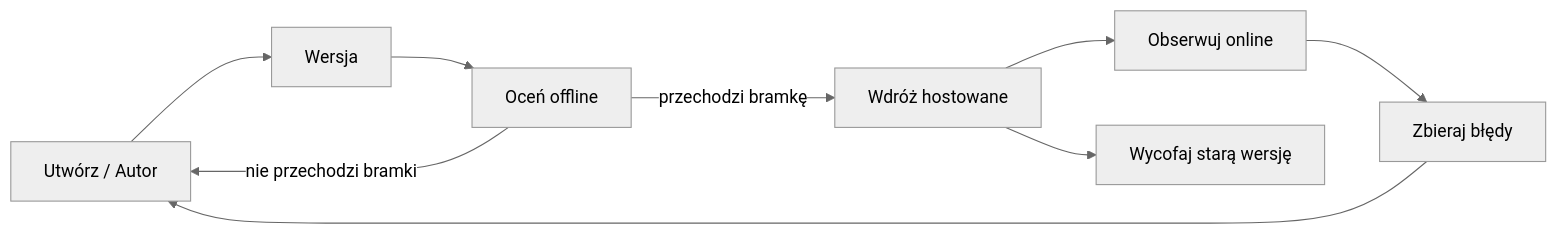
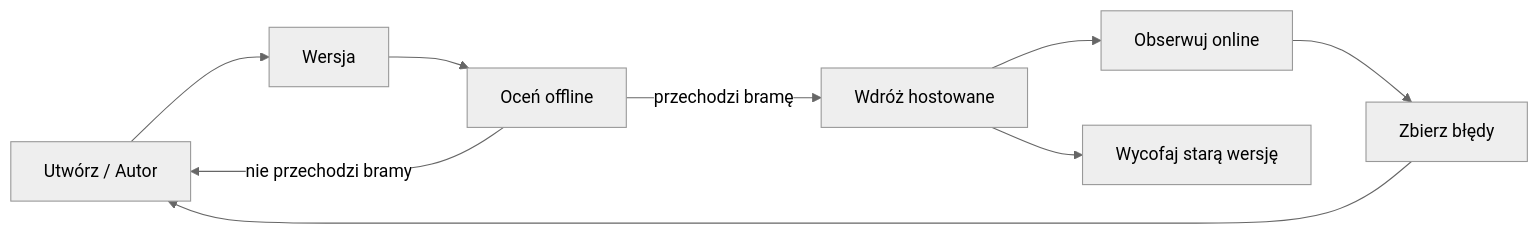
One commit to gabrielmoreira/agent-skills-mirror changed the second of 4 diagrams in mirrors/repos/microsoft@ai-agents-for-beginners/translations/pl/16-deploying-scalable-agents/README.md. Above: the diagram before and after it, drawn with Mermaid (neutral theme). The commit also changed other lines of this file and 4262 other files, not shown here.

````diff
--- a/mirrors/repos/microsoft@ai-agents-for-beginners/translations/pl/16-deploying-scalable-agents/README.md
+++ b/mirrors/repos/microsoft@ai-agents-for-beginners/translations/pl/16-deploying-scalable-agents/README.md
@@ -108,11 +108,11 @@
 ```mermaid
 flowchart LR
     Create[Utwórz / Autor] --> Version[Wersja]
     Version --> Evaluate[Oceń offline]
-    Evaluate -->|przechodzi bramkę| Deploy[Wdróż hostowane]
-    Evaluate -->|nie przechodzi bramki| Create
+    Evaluate -->|przechodzi bramę| Deploy[Wdróż hostowane]
+    Evaluate -->|nie przechodzi bramy| Create
     Deploy --> Observe[Obserwuj online]
-    Observe --> Improve[Zbieraj błędy]
+    Observe --> Improve[Zbierz błędy]
     Improve --> Create
     Deploy --> Retire[Wycofaj starą wersję]
 ```
````
